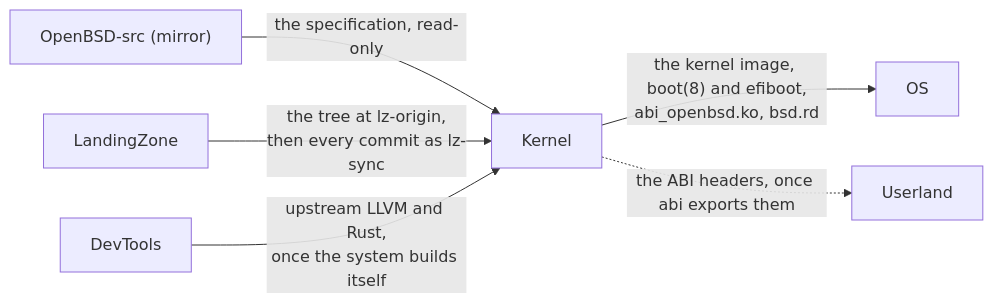
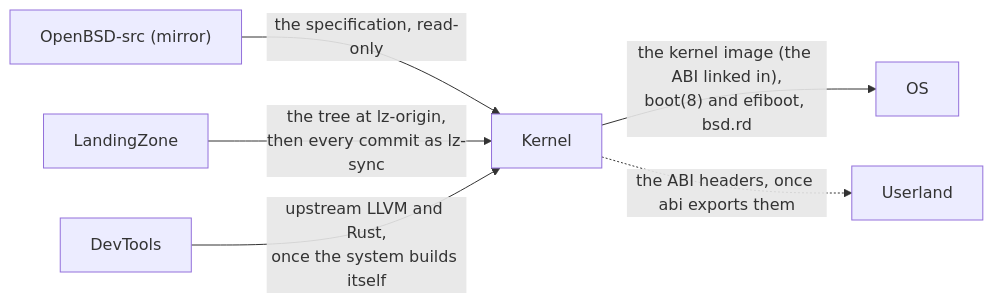
One commit to EmiBSD/Kernel changed the first of 2 diagrams in README.md. Above: the diagram before and after it, drawn with Mermaid. The commit also changed other lines of this file and 21 other files, not shown here.

First line of the commit message:
docs: decision 47, the ABI linked into the kernel image

````diff
--- a/README.md
+++ b/README.md
@@ -56,8 +56,8 @@
 ```mermaid
 flowchart LR
     obsd["OpenBSD-src (mirror)"] -- "the specification, read-only" --> k["Kernel"]
     lz["LandingZone"] -- "the tree at lz-origin,<br/>then every commit as lz-sync" --> k
     dev["DevTools"] -- "upstream LLVM and Rust,<br/>once the system builds itself" --> k
-    k -- "the kernel image, boot(8) and efiboot,<br/>abi_openbsd.ko, bsd.rd" --> os["OS"]
+    k -- "the kernel image (the ABI linked in),<br/>boot(8) and efiboot, bsd.rd" --> os["OS"]
     k -. "the ABI headers, once abi exports them" .-> ul["Userland"]
 ```
````
